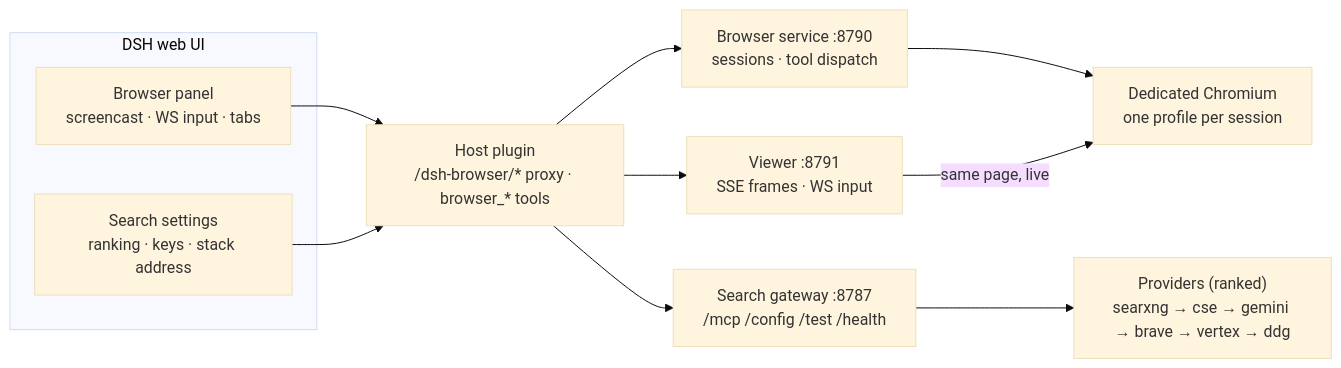
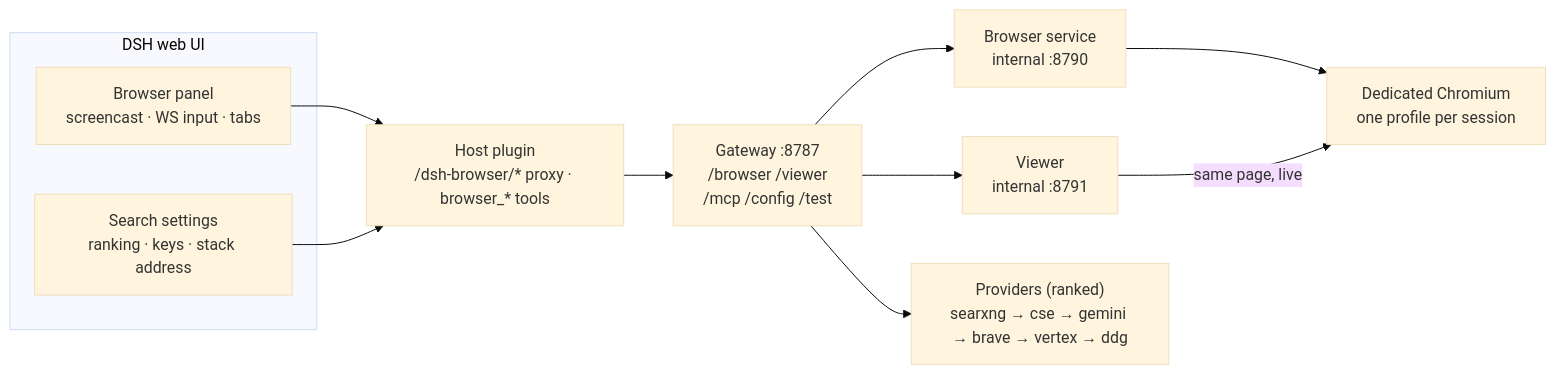
The first of 5 diagrams in README.md (codeadeel/dsh-browser), drawn with Mermaid (base theme) before and after one commit. The commit also changed other lines of this file and 12 other files, not shown here.

````diff
--- a/README.md
+++ b/README.md
@@ -19,22 +19,22 @@
 ```mermaid
 flowchart LR
   subgraph UI["DSH web UI"]
     Panel["Browser panel<br/>screencast · WS input · tabs"]
     Settings["Search settings<br/>ranking · keys · stack address"]
   end
   Host["Host plugin<br/>/dsh-browser/* proxy · browser_* tools"]
-  Browser["Browser service :8790<br/>sessions · tool dispatch"]
-  Viewer["Viewer :8791<br/>SSE frames · WS input"]
-  Gateway["Search gateway :8787<br/>/mcp /config /test /health"]
+  Browser["Browser service<br/>internal :8790"]
+  Viewer["Viewer<br/>internal :8791"]
+  Gateway["Gateway :8787<br/>/browser /viewer<br/>/mcp /config /test"]
   Chrome["Dedicated Chromium<br/>one profile per session"]
   Chain["Providers (ranked)<br/>searxng → cse → gemini → brave → vertex → ddg"]
 
   Panel --> Host
   Settings --> Host
-  Host --> Browser
-  Host --> Viewer
   Host --> Gateway
+  Gateway --> Browser
+  Gateway --> Viewer
   Browser --> Chrome
   Viewer -->|"same page, live"| Chrome
   Gateway --> Chain
 ```
````
